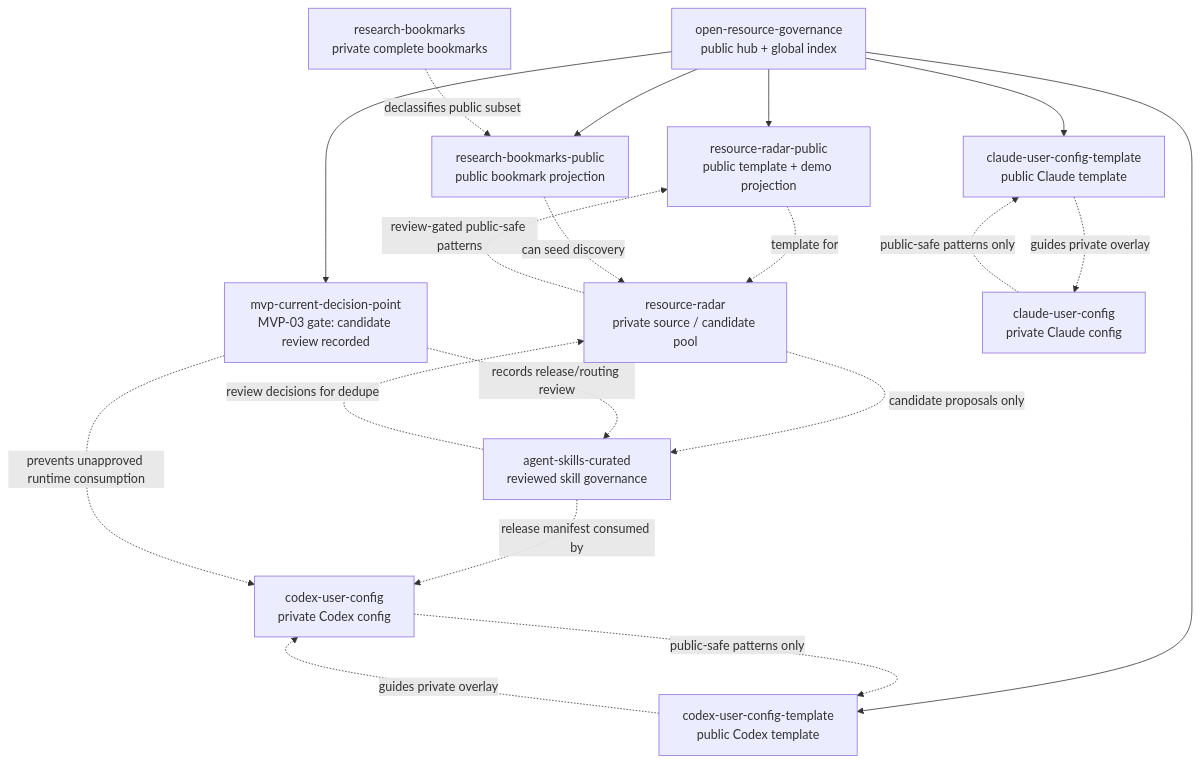
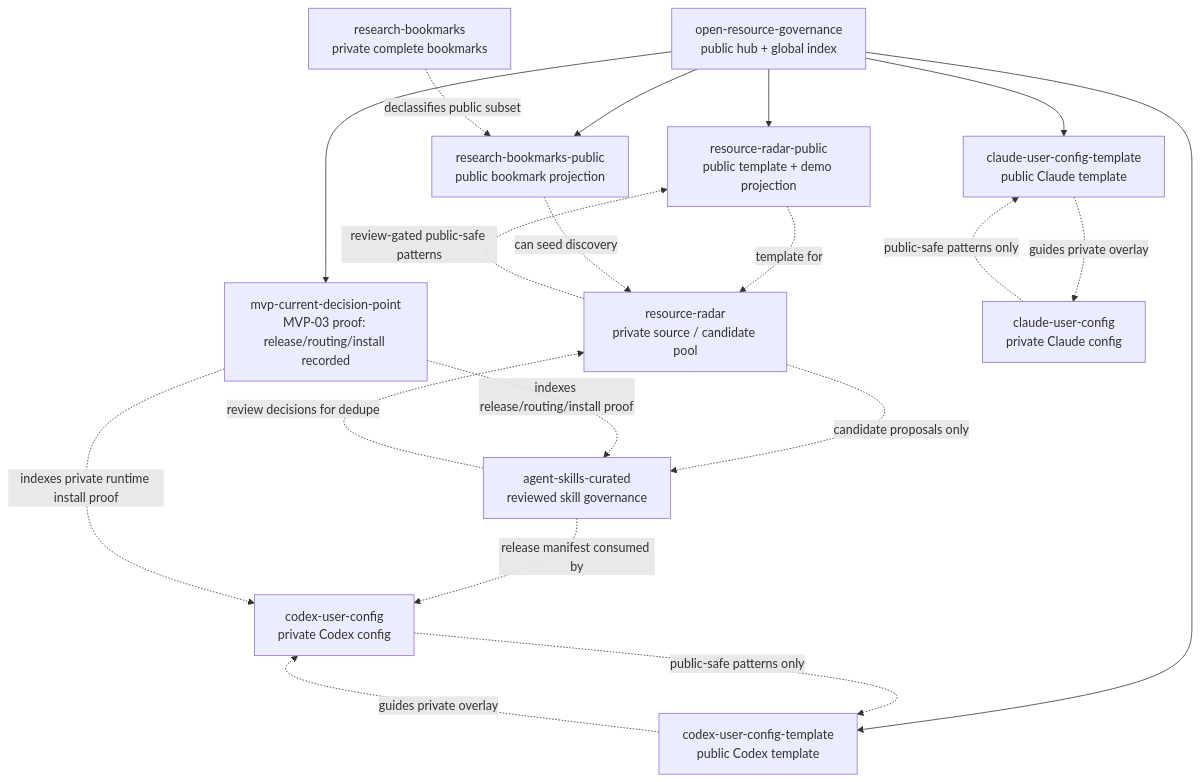
One commit to yiheng8023/open-resource-governance changed the diagram in docs/system-topology.md. Above: the diagram before and after it, drawn with Mermaid. The commit also changed other lines of this file and 19 other files, not shown here.

Commit message:
Record MVP-03 release routing proof in hub

````diff
--- a/docs/system-topology.md
+++ b/docs/system-topology.md
@@ -60,41 +61,41 @@
 ```mermaid
 flowchart TD
   hub["open-resource-governance<br/>public hub + global index"]
 
   radarPrivate["resource-radar<br/>private source / candidate pool"]
   radarPublic["resource-radar-public<br/>public template + demo projection"]
 
   bookmarksPrivate["research-bookmarks<br/>private complete bookmarks"]
   bookmarksPublic["research-bookmarks-public<br/>public bookmark projection"]
 
   skills["agent-skills-curated<br/>reviewed skill governance"]
-  mvpGate["mvp-current-decision-point<br/>MVP-03 gate: candidate review recorded"]
+  mvpGate["mvp-current-decision-point<br/>MVP-03 proof: release/routing/install recorded"]
 
   codexTemplate["codex-user-config-template<br/>public Codex template"]
   codexPrivate["codex-user-config<br/>private Codex config"]
   claudeTemplate["claude-user-config-template<br/>public Claude template"]
   claudePrivate["claude-user-config<br/>private Claude config"]
 
   hub --> radarPublic
   hub --> bookmarksPublic
   hub --> codexTemplate
   hub --> claudeTemplate
   hub --> mvpGate
 
   radarPublic -. "template for" .-> radarPrivate
   radarPrivate -. "review-gated public-safe patterns" .-> radarPublic
 
   bookmarksPrivate -. "declassifies public subset" .-> bookmarksPublic
   bookmarksPublic -. "can seed discovery" .-> radarPrivate
 
   radarPrivate -. "candidate proposals only" .-> skills
   skills -. "review decisions for dedupe" .-> radarPrivate
   skills -. "release manifest consumed by" .-> codexPrivate
-  mvpGate -. "records release/routing review" .-> skills
-  mvpGate -. "prevents unapproved runtime consumption" .-> codexPrivate
+  mvpGate -. "indexes release/routing/install proof" .-> skills
+  mvpGate -. "indexes private runtime install proof" .-> codexPrivate
 
   codexTemplate -. "guides private overlay" .-> codexPrivate
   codexPrivate -. "public-safe patterns only" .-> codexTemplate
   claudeTemplate -. "guides private overlay" .-> claudePrivate
   claudePrivate -. "public-safe patterns only" .-> claudeTemplate
 ```
````
